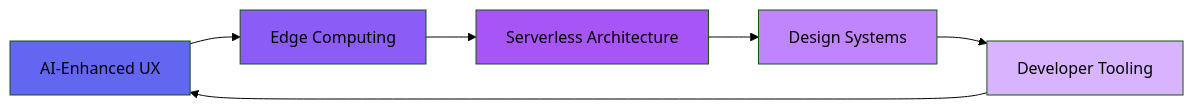
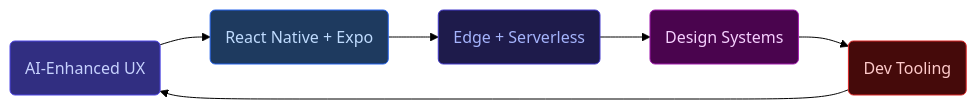
The second of 3 diagrams in README.md (haxcod/haxcod), drawn with Mermaid (forest theme) before and after one commit. The commit also changed other lines of this file, not shown here.

````diff
--- a/README.md
+++ b/README.md
@@ -171,13 +289,14 @@
 ```mermaid
-graph LR
-    A[AI-Enhanced UX] --> B[Edge Computing]
-    B --> C[Serverless Architecture]
-    C --> D[Design Systems]
-    D --> E[Developer Tooling]
+flowchart LR
+    A("AI-Enhanced UX") --> B("React Native + Expo")
+    B --> C("Edge + Serverless")
+    C --> D("Design Systems")
+    D --> E("Dev Tooling")
     E --> A
-    style A fill:#6366f1
-    style B fill:#8b5cf6
-    style C fill:#a855f7
-    style D fill:#c084fc
-    style E fill:#d8b4fe
+
+    style A fill:#312e81,color:#c7d2fe,stroke:#4f46e5
+    style B fill:#1e3a5f,color:#bfdbfe,stroke:#2563eb
+    style C fill:#1e1b4b,color:#a5b4fc,stroke:#4338ca
+    style D fill:#4a044e,color:#f5d0fe,stroke:#a21caf
+    style E fill:#450a0a,color:#fecaca,stroke:#dc2626
 ```
````
